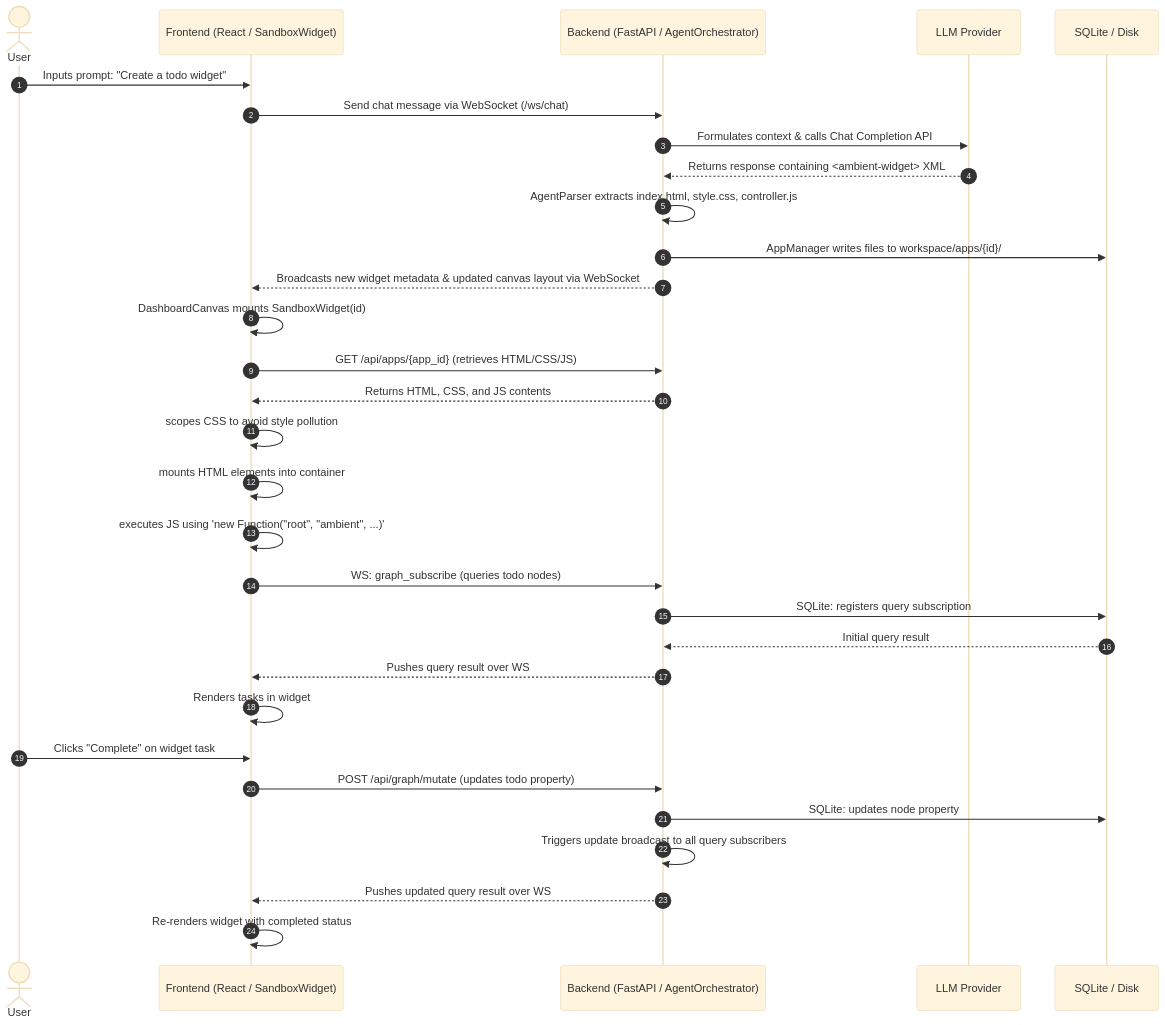
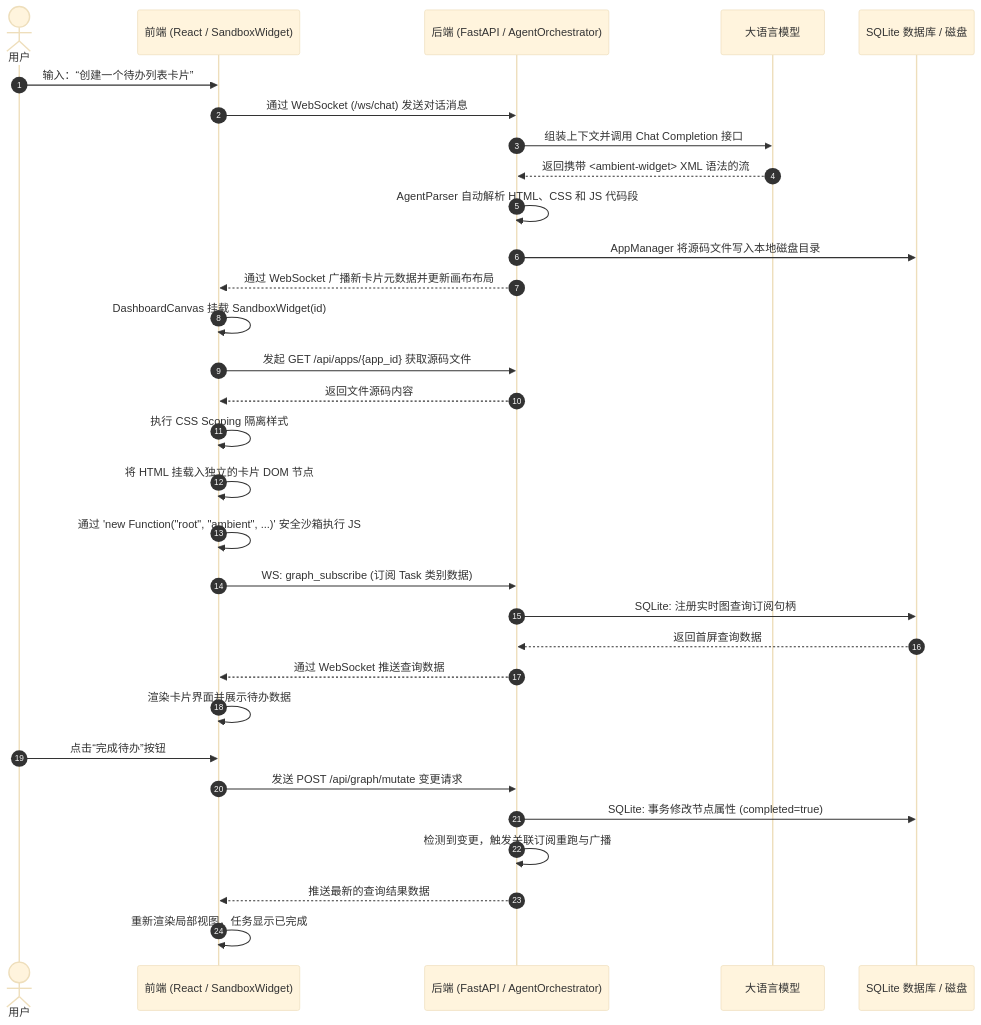
Before and after one commit to BillShiyaoZhang/ambient-agent: the second of 2 diagrams in docs/architecture/overview.md, drawn with Mermaid (base theme). The commit also changed other lines of this file and 22 other files, not shown here.

````diff
--- a/docs/architecture/overview.md
+++ b/docs/architecture/overview.md
@@ -69,41 +69,41 @@
 ```mermaid
 sequenceDiagram
     autonumber
-    actor User
-    participant FE as Frontend (React / SandboxWidget)
-    participant BE as Backend (FastAPI / AgentOrchestrator)
-    participant LLM as LLM Provider
-    participant DB as SQLite / Disk
+    actor User as 用户
+    participant FE as 前端 (React / SandboxWidget)
+    participant BE as 后端 (FastAPI / AgentOrchestrator)
+    participant LLM as 大语言模型
+    participant DB as SQLite 数据库 / 磁盘
 
-    %% Phase 1: Widget Creation
-    User->>FE: Inputs prompt: "Create a todo widget"
-    FE->>BE: Send chat message via WebSocket (/ws/chat)
-    BE->>LLM: Formulates context & calls Chat Completion API
-    LLM-->>BE: Returns response containing <ambient-widget> XML
-    BE->>BE: AgentParser extracts index.html, style.css, controller.js
-    BE->>DB: AppManager writes files to workspace/apps/{id}/
-    BE-->>FE: Broadcasts new widget metadata & updated canvas layout via WebSocket
+    %% 阶段 1：卡片生成
+    User->>FE: 输入：“创建一个待办列表卡片”
+    FE->>BE: 通过 WebSocket (/ws/chat) 发送对话消息
+    BE->>LLM: 组装上下文并调用 Chat Completion 接口
+    LLM-->>BE: 返回携带 <ambient-widget> XML 语法的流
+    BE->>BE: AgentParser 自动解析 HTML、CSS 和 JS 代码段
+    BE->>DB: AppManager 将源码文件写入本地磁盘目录
+    BE-->>FE: 通过 WebSocket 广播新卡片元数据并更新画布布局
     
-    %% Phase 2: Widget Rendering
-    FE->>FE: DashboardCanvas mounts SandboxWidget(id)
-    FE->>BE: GET /api/apps/{app_id} (retrieves HTML/CSS/JS)
-    BE-->>FE: Returns HTML, CSS, and JS contents
-    FE->>FE: scopes CSS to avoid style pollution
-    FE->>FE: mounts HTML elements into container
-    FE->>FE: executes JS using 'new Function("root", "ambient", ...)'
+    %% 阶段 2：卡片挂载渲染
+    FE->>FE: DashboardCanvas 挂载 SandboxWidget(id)
+    FE->>BE: 发起 GET /api/apps/{app_id} 获取源码文件
+    BE-->>FE: 返回文件源码内容
+    FE->>FE: 执行 CSS Scoping 隔离样式
+    FE->>FE: 将 HTML 挂载入独立的卡片 DOM 节点
+    FE->>FE: 通过 'new Function("root", "ambient", ...)' 安全沙箱执行 JS
     
-    %% Phase 3: Data Interaction & Subscriptions
-    FE->>BE: WS: graph_subscribe (queries todo nodes)
-    BE->>DB: SQLite: registers query subscription
-    DB-->>BE: Initial query result
-    BE-->>FE: Pushes query result over WS
-    FE->>FE: Renders tasks in widget
+    %% 阶段 3：数据交互与查询订阅
+    FE->>BE: WS: graph_subscribe (订阅 Task 类别数据)
+    BE->>DB: SQLite: 注册实时图查询订阅句柄
+    DB-->>BE: 返回首屏查询数据
+    BE-->>FE: 通过 WebSocket 推送查询数据
+    FE->>FE: 渲染卡片界面并展示待办数据
     
-    %% Phase 4: Mutation
-    User->>FE: Clicks "Complete" on widget task
-    FE->>BE: POST /api/graph/mutate (updates todo property)
-    BE->>DB: SQLite: updates node property
-    BE->>BE: Triggers update broadcast to all query subscribers
-    BE-->>FE: Pushes updated query result over WS
-    FE->>FE: Re-renders widget with completed status
+    %% 阶段 4：数据变更
+    User->>FE: 点击“完成待办”按钮
+    FE->>BE: 发送 POST /api/graph/mutate 变更请求
+    BE->>DB: SQLite: 事务修改节点属性 (completed=true)
+    BE->>BE: 检测到变更，触发关联订阅重跑与广播
+    BE-->>FE: 推送最新的查询结果数据
+    FE->>FE: 重新渲染局部视图，任务显示已完成
 ```
````
